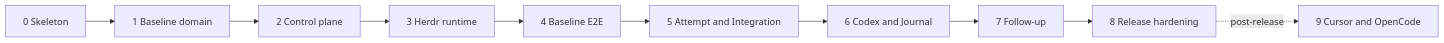
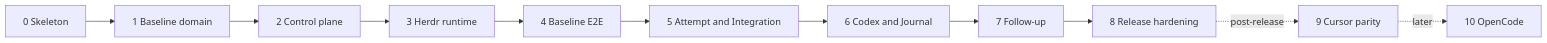
Before and after one commit to reyoung/pika: the diagram in docs/design/development-plan.md, drawn with Mermaid. The commit also changed other lines of this file, not shown here.

Commit message:
docs: plan Cursor provider parity

````diff
--- a/docs/design/development-plan.md
+++ b/docs/design/development-plan.md
@@ -38,12 +41,13 @@
 ```mermaid
 flowchart LR
     P0[0 Skeleton] --> P1[1 Baseline domain]
     P1 --> P2[2 Control plane]
     P2 --> P3[3 Herdr runtime]
     P3 --> P4[4 Baseline E2E]
     P4 --> P5[5 Attempt and Integration]
     P5 --> P6[6 Codex and Journal]
     P6 --> P7[7 Follow-up]
     P7 --> P8[8 Release hardening]
-    P8 -. post-release .-> P9[9 Cursor and OpenCode]
+    P8 -. post-release .-> P9[9 Cursor parity]
+    P9 -. later .-> P10[10 OpenCode]
 ```
````
